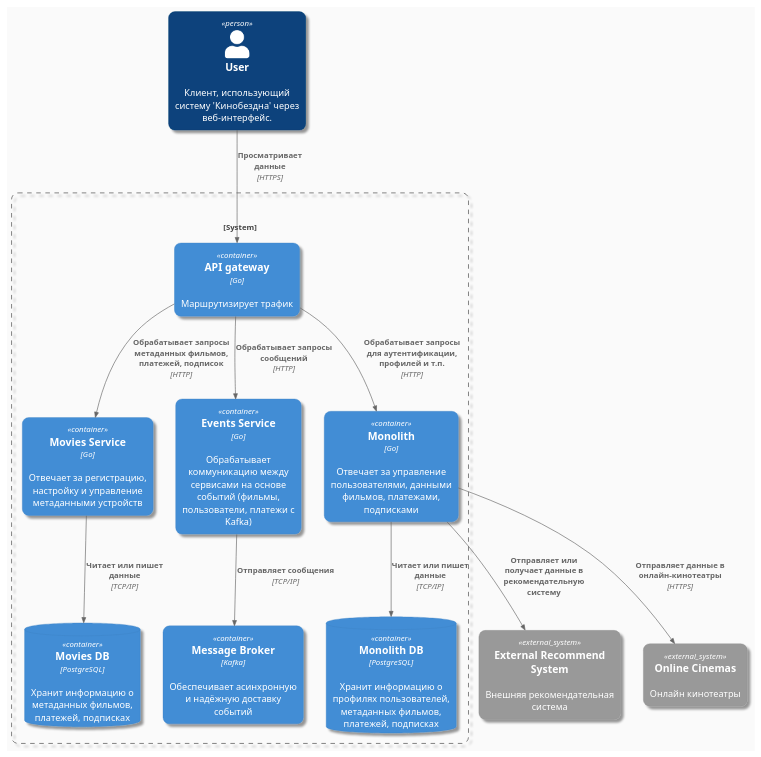
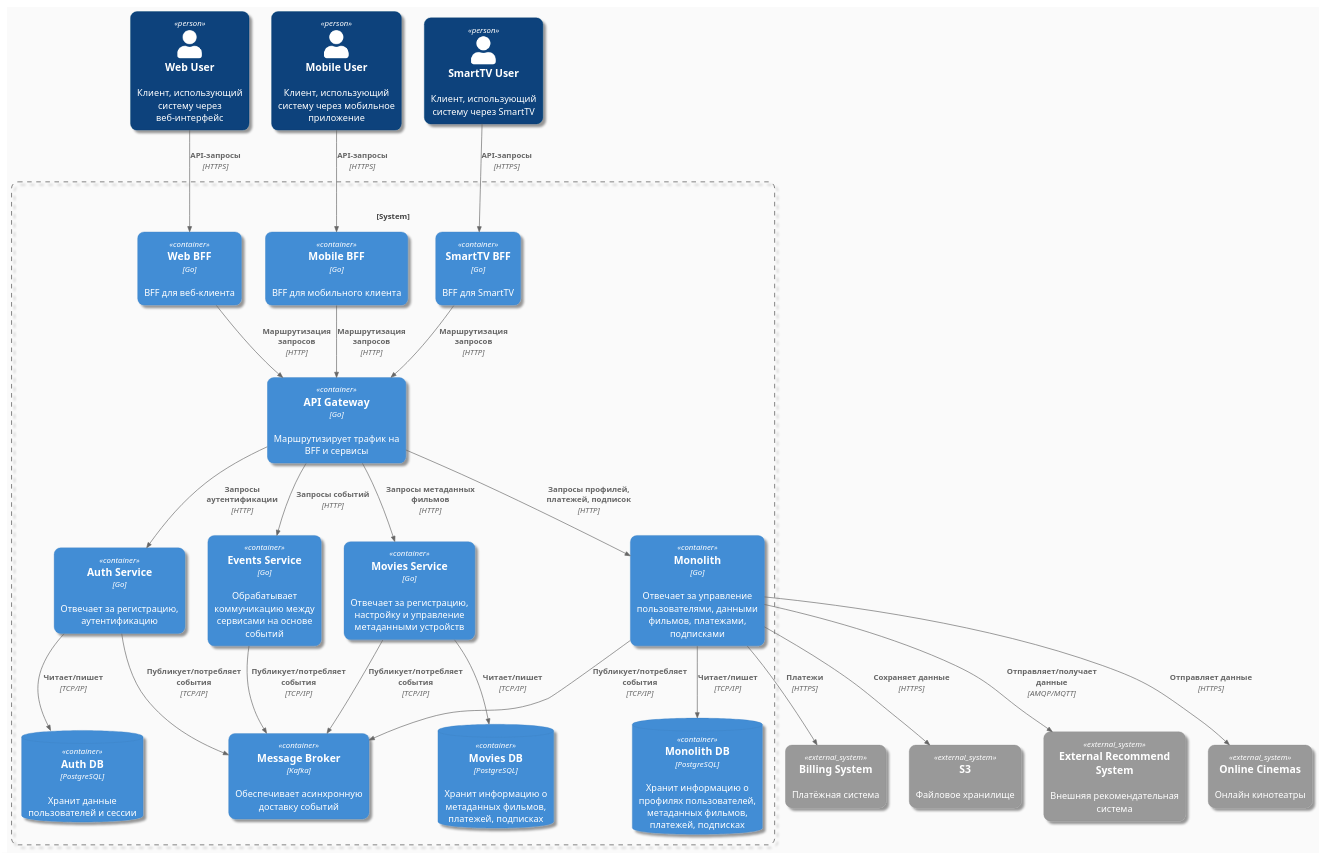
Before and after one commit to AlexanderMATI/architecture-pro-cinemaabyss: the diagram in Container.puml, drawn with PlantUML.

```diff
--- a/Container.puml
+++ b/Container.puml
@@ -1,48 +1,62 @@
 @startuml
 !include <C4/C4_Container>
 
 skinparam {
     backgroundColor #FAFAFA
     roundCorner 20
     shadowing true
     wrapWidth 200
 }
 
-Person(user, "User", "Клиент, использующий систему 'Кинобездна' через веб-интерфейс.")
+Person(web_user, "Web User", "Клиент, использующий систему через веб-интерфейс")
+Person(mobile_user, "Mobile User", "Клиент, использующий систему через мобильное приложение")
+Person(tv_user, "SmartTV User", "Клиент, использующий систему через SmartTV")
+
 System_Ext(recommend_system, "External Recommend System", "Внешняя рекомендательная система")
 System_Ext(online_cinemas, "Online Cinemas", "Онлайн кинотеатры")
+System_Ext(billing_system, "Billing System", "Платёжная система")
+System_Ext(S3, "S3", "Файловое хранилище")
 
-
-
-System_Boundary(c1, "") {
-
-
-    Container(api_gateway, "API gateway", "Go", "Маршрутизирует трафик")
-
+System_Boundary(c1, ) {
+    Container(web_bff, "Web BFF", "Go", "BFF для веб-клиента")
+    Container(mobile_bff, "Mobile BFF", "Go", "BFF для мобильного клиента")
+    Container(tv_bff, "SmartTV BFF", "Go", "BFF для SmartTV")
+    Container(api_gateway, "API Gateway", "Go", "Маршрутизирует трафик на BFF и сервисы")
+    Container(auth_service, "Auth Service", "Go", "Отвечает за регистрацию, аутентификацию")
+    ContainerDb(auth_db, "Auth DB", "PostgreSQL", "Хранит данные пользователей и сессии")
     Container(monolith, "Monolith", "Go", "Отвечает за управление пользователями, данными фильмов, платежами, подписками")
     ContainerDb(monolith_db, "Monolith DB", "PostgreSQL", "Хранит информацию о профилях пользователей, метаданных фильмов, платежей, подписках")
-
     Container(movies_service, "Movies Service", "Go", "Отвечает за регистрацию, настройку и управление метаданными устройств")
     ContainerDb(movies_db, "Movies DB", "PostgreSQL", "Хранит информацию о метаданных фильмов, платежей, подписках")
-
-    Container(events_service, "Events Service", "Go", "Обрабатывает коммуникацию между сервисами на основе событий (фильмы, пользователи, платежи с Kafka)")
-    Container(message_broker, "Message Broker", "Kafka", "Обеспечивает асинхронную и надёжную доставку событий")
+    Container(events_service, "Events Service", "Go", "Обрабатывает коммуникацию между сервисами на основе событий")
+    Container(message_broker, "Message Broker", "Kafka", "Обеспечивает асинхронную доставку событий")
 }
 
-Rel(user, api_gateway, "Просматривает данные", "HTTPS")
+Rel(web_user, web_bff, "API-запросы", "HTTPS")
+Rel(mobile_user, mobile_bff, "API-запросы", "HTTPS")
+Rel(tv_user, tv_bff, "API-запросы", "HTTPS")
 
+Rel(web_bff, api_gateway, "Маршрутизация запросов", "HTTP")
+Rel(mobile_bff, api_gateway, "Маршрутизация запросов", "HTTP")
+Rel(tv_bff, api_gateway, "Маршрутизация запросов", "HTTP")
 
-Rel(api_gateway, monolith, "Обрабатывает запросы для аутентификации, профилей и т.п.", "HTTP")
-Rel(api_gateway, movies_service, "Обрабатывает запросы метаданных фильмов, платежей, подписок", "HTTP")
-Rel(api_gateway, events_service, "Обрабатывает запросы сообщений", "HTTP")
+Rel(api_gateway, auth_service, "Запросы аутентификации", "HTTP")
+Rel(api_gateway, monolith, "Запросы профилей, платежей, подписок", "HTTP")
+Rel(api_gateway, movies_service, "Запросы метаданных фильмов", "HTTP")
+Rel(api_gateway, events_service, "Запросы событий", "HTTP")
 
-Rel(monolith, monolith_db, "Читает или пишет данные", "TCP/IP")
-Rel(movies_service, movies_db, "Читает или пишет данные", "TCP/IP")
+Rel(auth_service, auth_db, "Читает/пишет", "TCP/IP")
+Rel(monolith, monolith_db, "Читает/пишет", "TCP/IP")
+Rel(movies_service, movies_db, "Читает/пишет", "TCP/IP")
 
-Rel(events_service, message_broker, "Отправляет сообщения", "TCP/IP")
+Rel(auth_service, message_broker, "Публикует/потребляет события", "TCP/IP")
+Rel(monolith, message_broker, "Публикует/потребляет события", "TCP/IP")
+Rel(movies_service, message_broker, "Публикует/потребляет события", "TCP/IP")
+Rel(events_service, message_broker, "Публикует/потребляет события", "TCP/IP")
 
-Rel(monolith, recommend_system, "Отправляет или получает данные в рекомендательную систему")
-Rel(monolith, online_cinemas, "Отправляет данные в онлайн-кинотеатры", "HTTPS")
-
+Rel(monolith, recommend_system, "Отправляет/получает данные", "AMQP/MQTT")
+Rel(monolith, online_cinemas, "Отправляет данные", "HTTPS")
+Rel(monolith, S3, "Сохраняет данные", "HTTPS")
+Rel(monolith, billing_system, "Платежи", "HTTPS")
 
 @enduml
```
